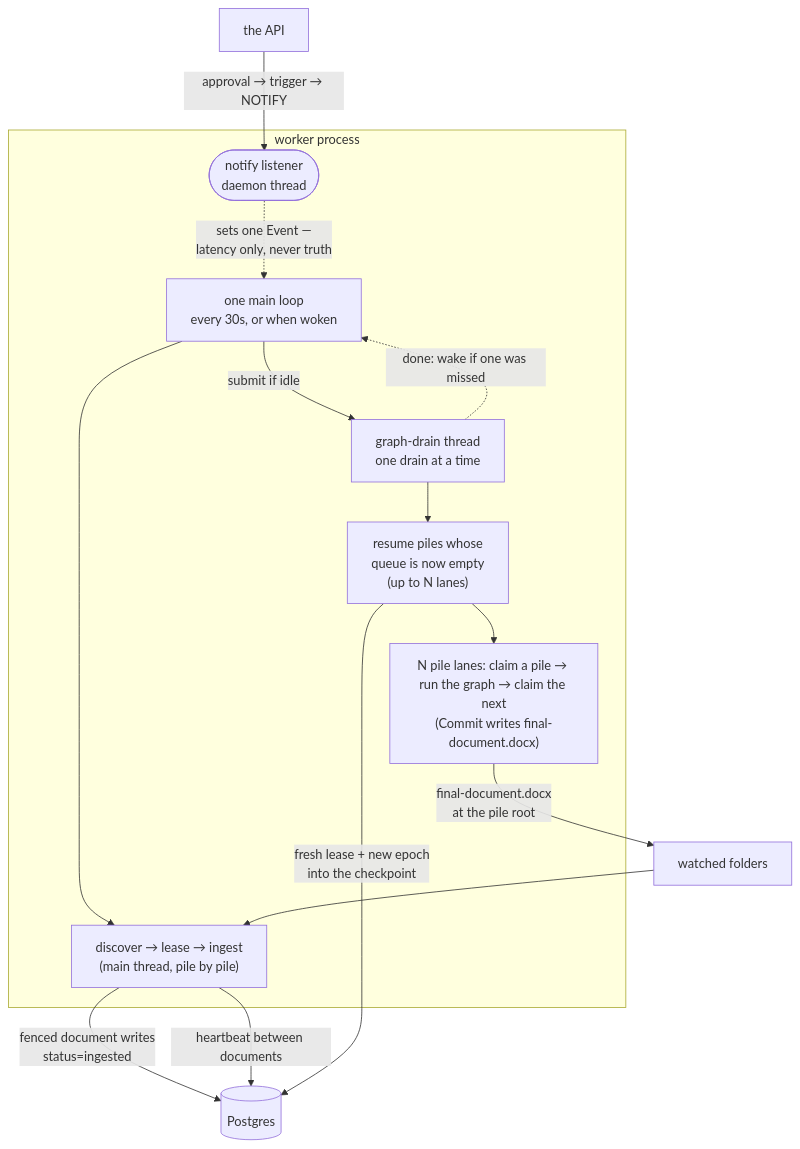
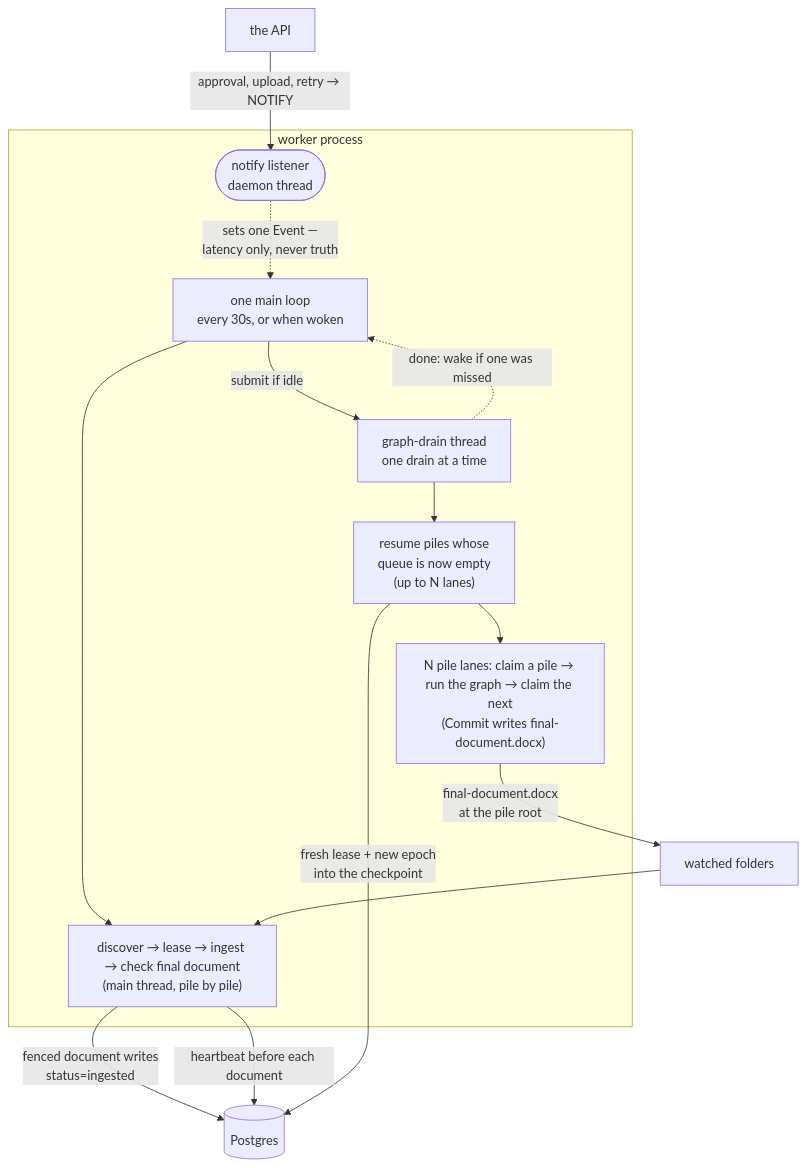
One commit to NigamDevansh/documents-analyst changed the diagram in docs/WORKER_RUNTIME.md. Above: the diagram before and after it, drawn with Mermaid. The commit also changed other lines of this file and 48 other files, not shown here.

````diff
--- a/docs/WORKER_RUNTIME.md
+++ b/docs/WORKER_RUNTIME.md
@@ -596,26 +606,26 @@
 ```mermaid
 flowchart TB
   subgraph W["worker process"]
     MAIN["one main loop<br/>every 30s, or when woken"]
-    SCAN["discover → lease → ingest<br/>(main thread, pile by pile)"]
+    SCAN["discover → lease → ingest → check final document<br/>(main thread, pile by pile)"]
     DRAIN["graph-drain thread<br/>one drain at a time"]
     RESUME["resume piles whose<br/>queue is now empty<br/>(up to N lanes)"]
     RUN["N pile lanes: claim a pile → run the graph → claim the next<br/>(Commit writes final-document.docx)"]
     LISTEN(["notify listener<br/>daemon thread"])
   end
 
   FS["watched folders"]
   DB[("Postgres")]
   API["the API"]
 
   MAIN --> SCAN
   MAIN -->|"submit if idle"| DRAIN --> RESUME --> RUN
   DRAIN -.->|"done: wake if one was missed"| MAIN
   FS --> SCAN
   RUN -->|"final-document.docx<br/>at the pile root"| FS
   SCAN -->|"fenced document writes<br/>status=ingested"| DB
-  SCAN -->|"heartbeat between documents"| DB
+  SCAN -->|"heartbeat before each document"| DB
   RESUME -->|"fresh lease + new epoch<br/>into the checkpoint"| DB
-  API -->|"approval → trigger → NOTIFY"| LISTEN
+  API -->|"approval, upload, retry → NOTIFY"| LISTEN
   LISTEN -.->|"sets one Event —<br/>latency only, never truth"| MAIN
 ```
````
